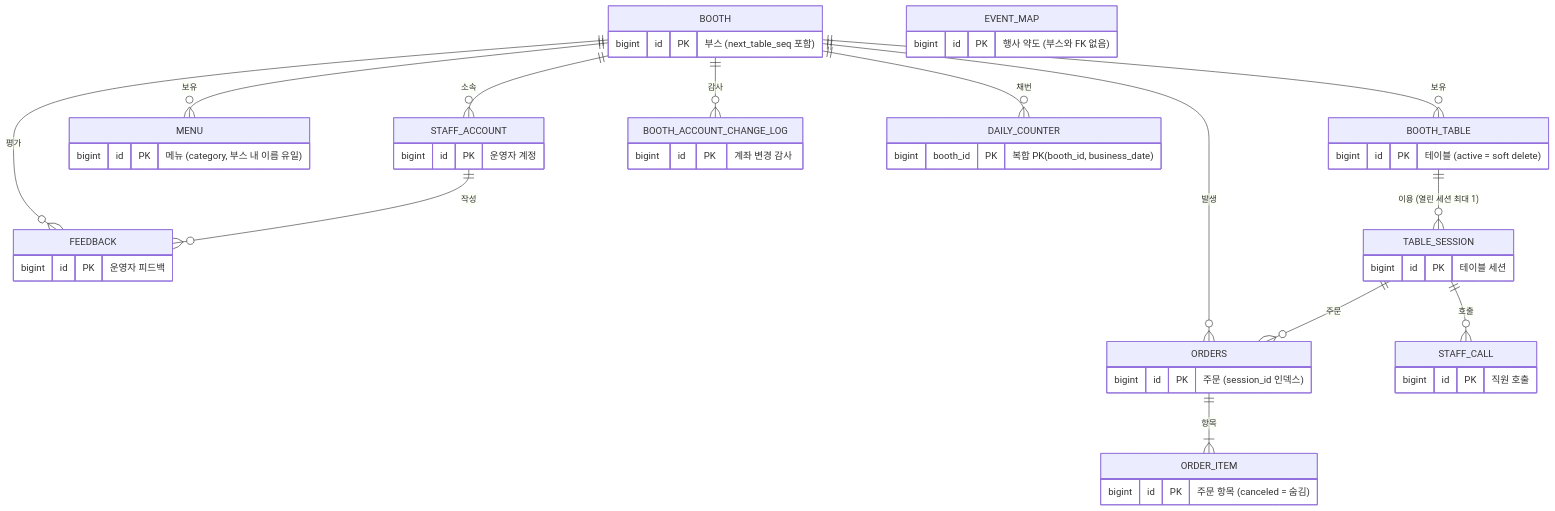
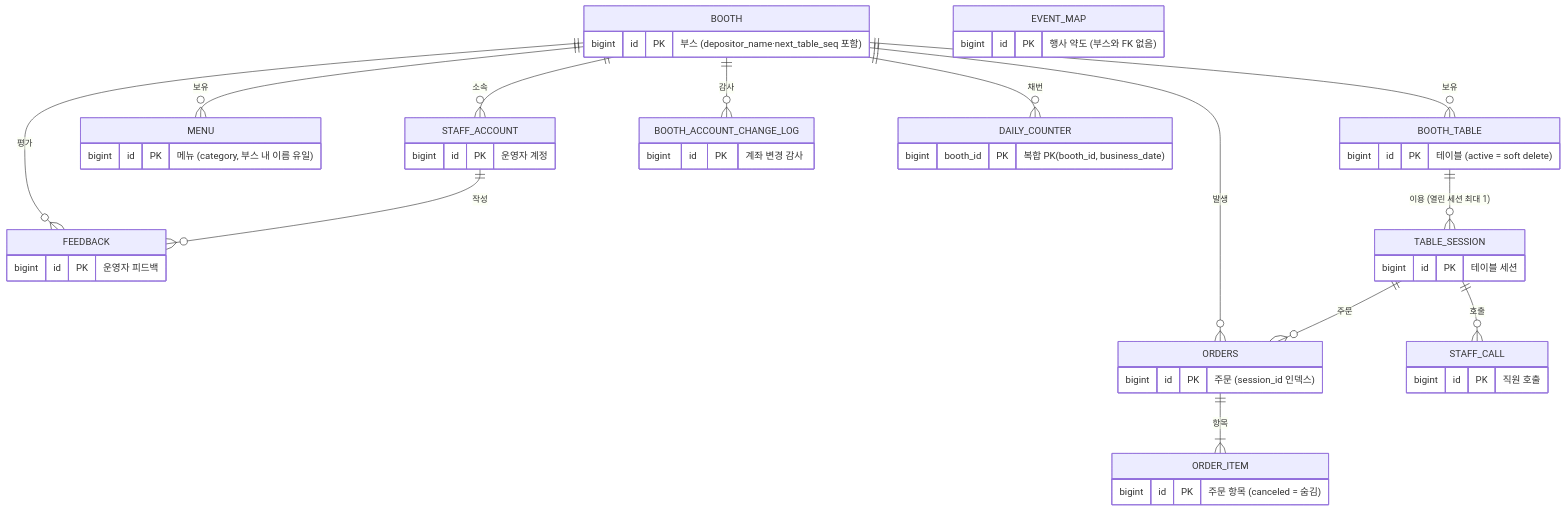
Before and after one commit to hong0527/boothlock-server: the diagram in backend/docs/DB스키마_v1.4.md, drawn with Mermaid. The commit also changed other lines of this file and 1 other file, not shown here.

First line of the commit message:
docs: v0.6·v1.4 최종 확정 반영 — 메뉴 category는 main #53 구현, depositorName 정식 편입

````diff
--- a/backend/docs/DB스키마_v1.4.md
+++ b/backend/docs/DB스키마_v1.4.md
@@ -12,28 +12,28 @@
 ```mermaid
 erDiagram
     BOOTH ||--o{ BOOTH_TABLE : "보유"
     BOOTH ||--o{ MENU : "보유"
     BOOTH ||--o{ STAFF_ACCOUNT : "소속"
     BOOTH ||--o{ ORDERS : "발생"
     BOOTH ||--o{ FEEDBACK : "평가"
     BOOTH ||--o{ BOOTH_ACCOUNT_CHANGE_LOG : "감사"
     BOOTH ||--o{ DAILY_COUNTER : "채번"
     STAFF_ACCOUNT ||--o{ FEEDBACK : "작성"
     BOOTH_TABLE ||--o{ TABLE_SESSION : "이용 (열린 세션 최대 1)"
     TABLE_SESSION ||--o{ ORDERS : "주문"
     TABLE_SESSION ||--o{ STAFF_CALL : "호출"
     ORDERS ||--|{ ORDER_ITEM : "항목"
 
-    BOOTH { bigint id PK "부스 (next_table_seq 포함)" }
+    BOOTH { bigint id PK "부스 (depositor_name·next_table_seq 포함)" }
     BOOTH_TABLE { bigint id PK "테이블 (active = soft delete)" }
     TABLE_SESSION { bigint id PK "테이블 세션" }
     MENU { bigint id PK "메뉴 (category, 부스 내 이름 유일)" }
     ORDERS { bigint id PK "주문 (session_id 인덱스)" }
     ORDER_ITEM { bigint id PK "주문 항목 (canceled = 숨김)" }
     DAILY_COUNTER { bigint booth_id PK "복합 PK(booth_id, business_date)" }
     STAFF_ACCOUNT { bigint id PK "운영자 계정" }
     STAFF_CALL { bigint id PK "직원 호출" }
     FEEDBACK { bigint id PK "운영자 피드백" }
     BOOTH_ACCOUNT_CHANGE_LOG { bigint id PK "계좌 변경 감사" }
     EVENT_MAP { bigint id PK "행사 약도 (부스와 FK 없음)" }
 ```
````
